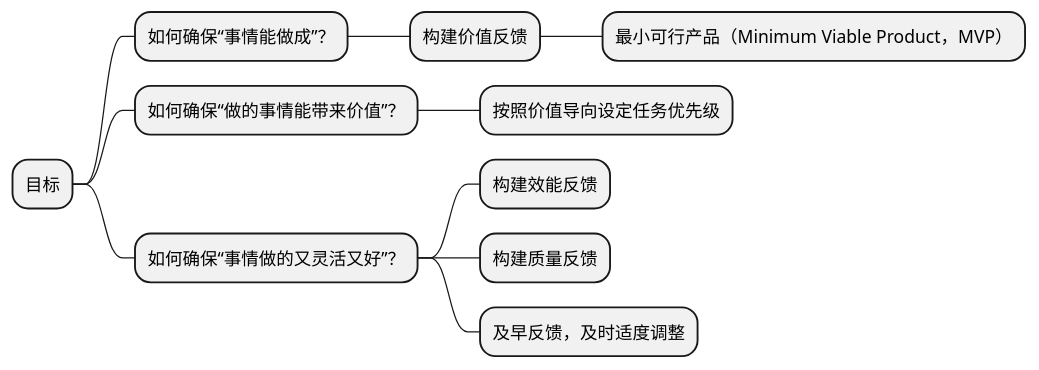
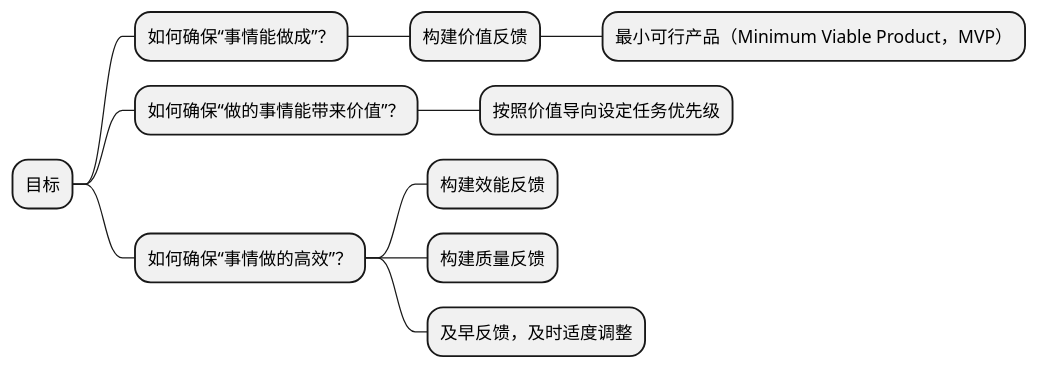
One commit to lem-org/lem-org.github.io changed the fifth of 6 diagrams in content/insights/what_is_agile/index.zh-cn.raw.md. Above: the diagram before and after it, drawn with PlantUML. The commit also changed other lines of this file, not shown here.

````diff
--- a/content/insights/what_is_agile/index.zh-cn.raw.md
+++ b/content/insights/what_is_agile/index.zh-cn.raw.md
@@ -208,14 +212,14 @@
 ```plantuml
 @startmindmap
 * 目标
     * 如何确保“事情能做成”？
         * 构建价值反馈
             * 最小可行产品（Minimum Viable Product，MVP）
     * 如何确保“做的事情能带来价值”？
         * 按照价值导向设定任务优先级
-    * 如何确保“事情做的又灵活又好”？
+    * 如何确保“事情做的高效”？
         * 构建效能反馈
         * 构建质量反馈
         * 及早反馈，及时适度调整
 @endmindmap
 ```
````
